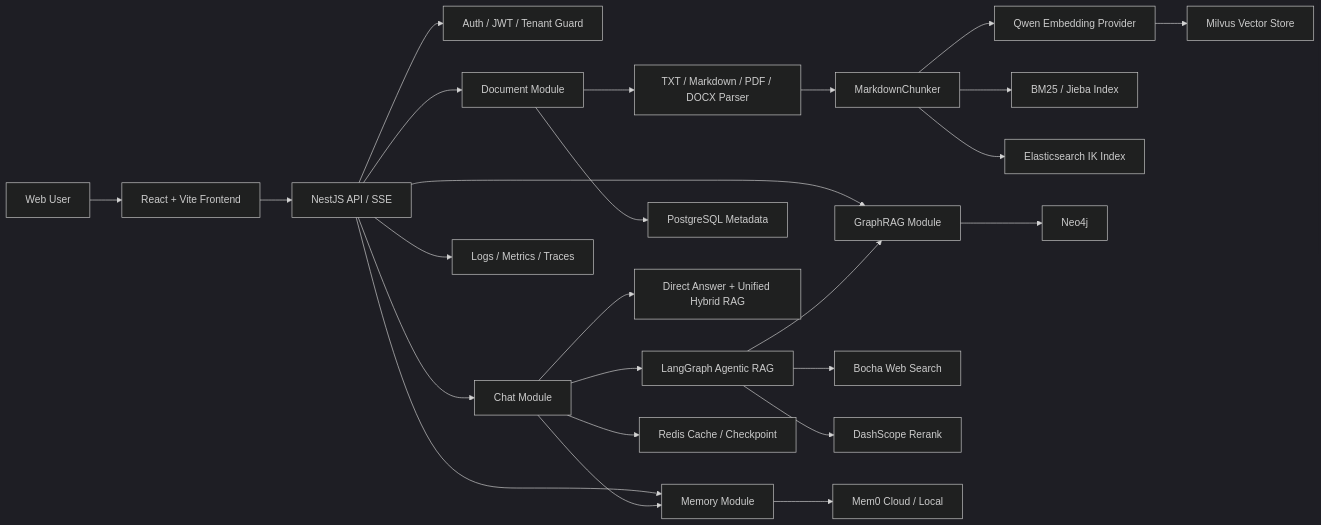
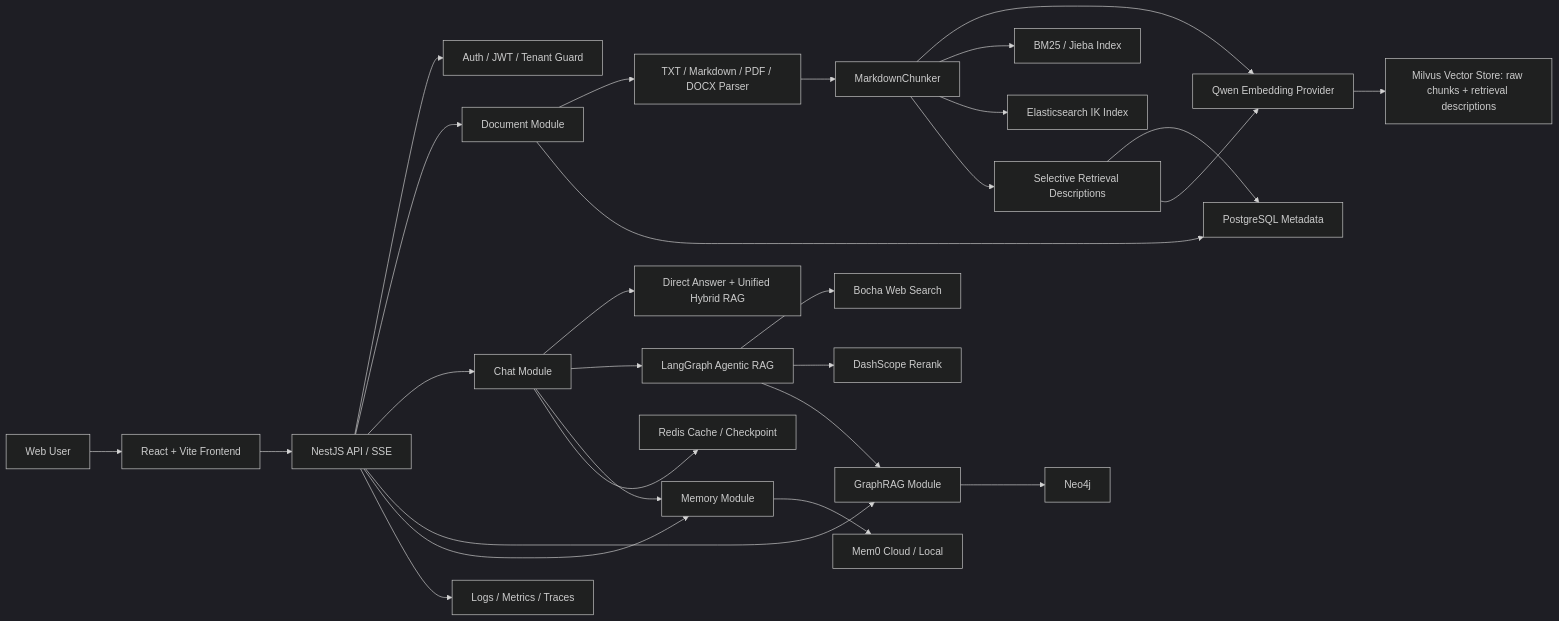
Before and after one commit to monstereatai/RAG: the first of 3 diagrams in docs/architecture/ARCHITECTURE.md, drawn with Mermaid (dark theme). The commit also changed other lines of this file and 138 other files, not shown here.

````diff
--- a/docs/architecture/ARCHITECTURE.md
+++ b/docs/architecture/ARCHITECTURE.md
@@ -17,32 +17,35 @@
 ```mermaid
 flowchart LR
   User["Web User"] --> Frontend["React + Vite Frontend"]
   Frontend --> Backend["NestJS API / SSE"]
 
   Backend --> Auth["Auth / JWT / Tenant Guard"]
   Backend --> Document["Document Module"]
   Backend --> Chat["Chat Module"]
   Backend --> Graph["GraphRAG Module"]
   Backend --> Memory["Memory Module"]
   Backend --> Observability["Logs / Metrics / Traces"]
 
   Document --> Parser["TXT / Markdown / PDF / DOCX Parser"]
   Parser --> Chunker["MarkdownChunker"]
   Chunker --> Embedding["Qwen Embedding Provider"]
 
-  Embedding --> Milvus["Milvus Vector Store"]
+  Embedding --> Milvus["Milvus Vector Store: raw chunks + retrieval descriptions"]
   Chunker --> BM25["BM25 / Jieba Index"]
   Chunker --> ES["Elasticsearch IK Index"]
   Document --> Postgres["PostgreSQL Metadata"]
+  Chunker --> DescriptionBuilder["Selective Retrieval Descriptions"]
+  DescriptionBuilder --> Postgres
+  DescriptionBuilder --> Embedding
 
   Chat --> SimpleRag["Direct Answer + Unified Hybrid RAG"]
   Chat --> AgenticRag["LangGraph Agentic RAG"]
   Chat --> Memory
   AgenticRag --> Bocha["Bocha Web Search"]
   AgenticRag --> Rerank["DashScope Rerank"]
   AgenticRag --> Graph
 
   Memory --> Mem0["Mem0 Cloud / Local"]
   Graph --> Neo4j["Neo4j"]
   Chat --> Redis["Redis Cache / Checkpoint"]
 ```
````
